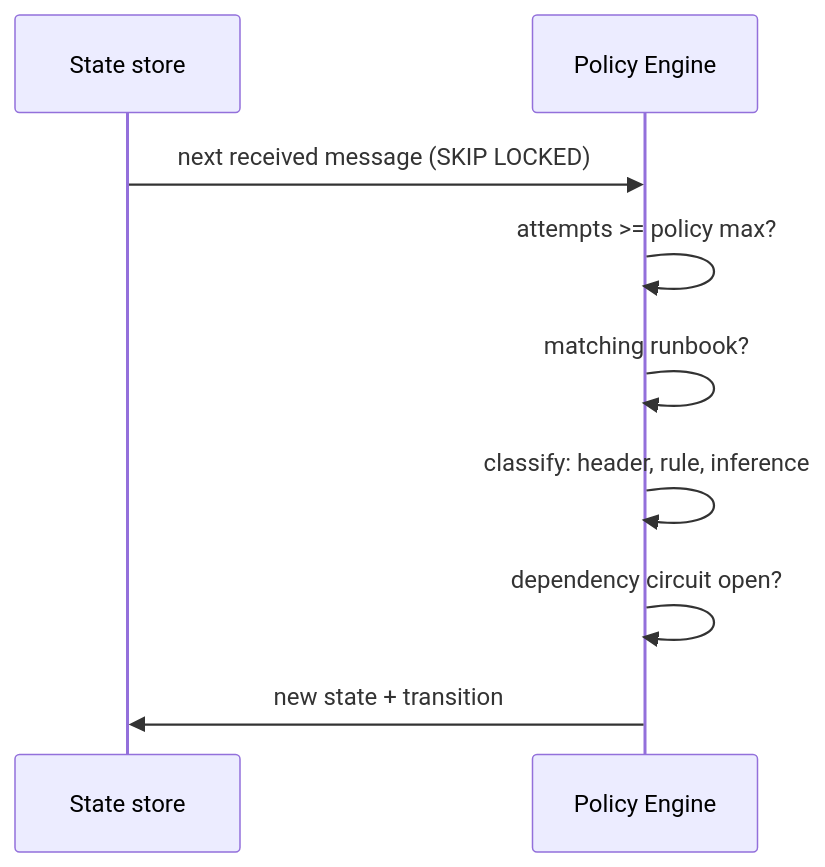
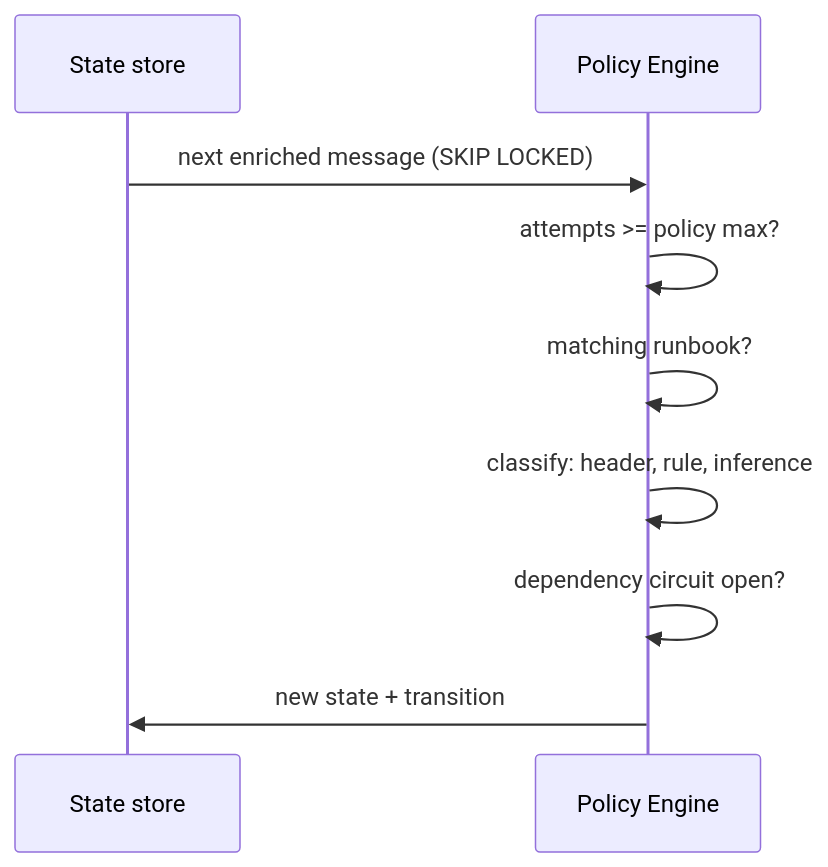
One commit to opendlq/OpenDLQ changed the third of 10 diagrams in docs/flows.md. Above: the diagram before and after it, drawn with Mermaid. The commit also changed other lines of this file and 2 other files, not shown here.

First line of the commit message:
docs: add enriched state and enricher-first flow

````diff
--- a/docs/flows.md
+++ b/docs/flows.md
@@ -40,11 +66,11 @@
 ```mermaid
 sequenceDiagram
     participant S as State store
     participant P as Policy Engine
-    S->>P: next received message (SKIP LOCKED)
+    S->>P: next enriched message (SKIP LOCKED)
     P->>P: attempts >= policy max?
     P->>P: matching runbook?
     P->>P: classify: header, rule, inference
     P->>P: dependency circuit open?
     P->>S: new state + transition
 ```
````
